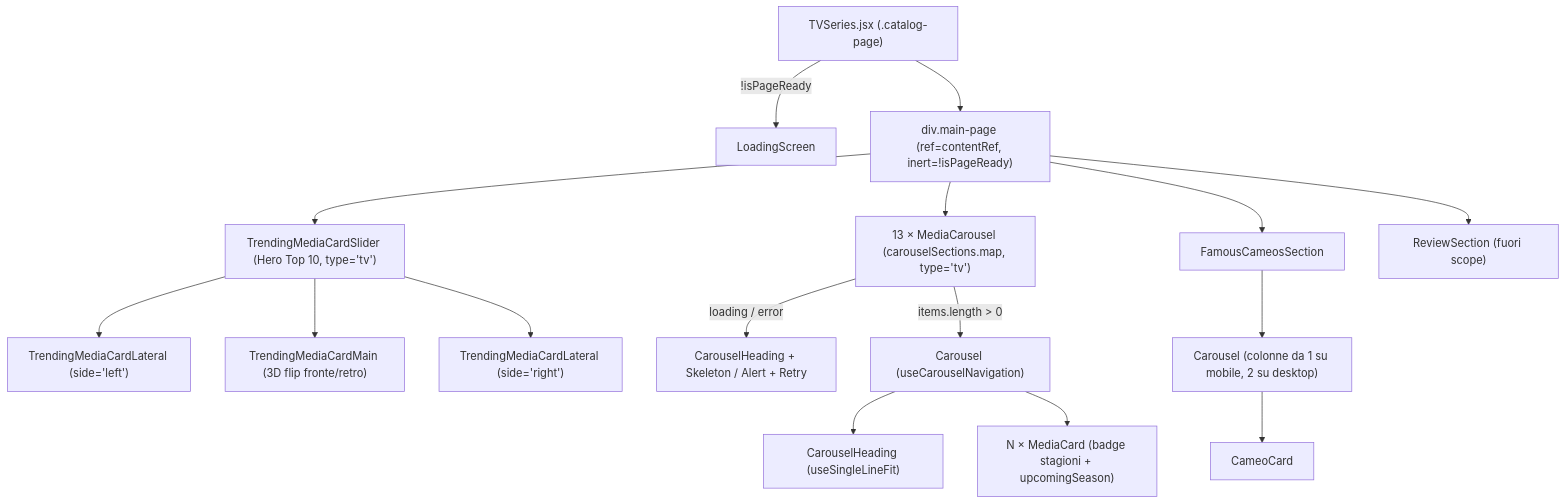
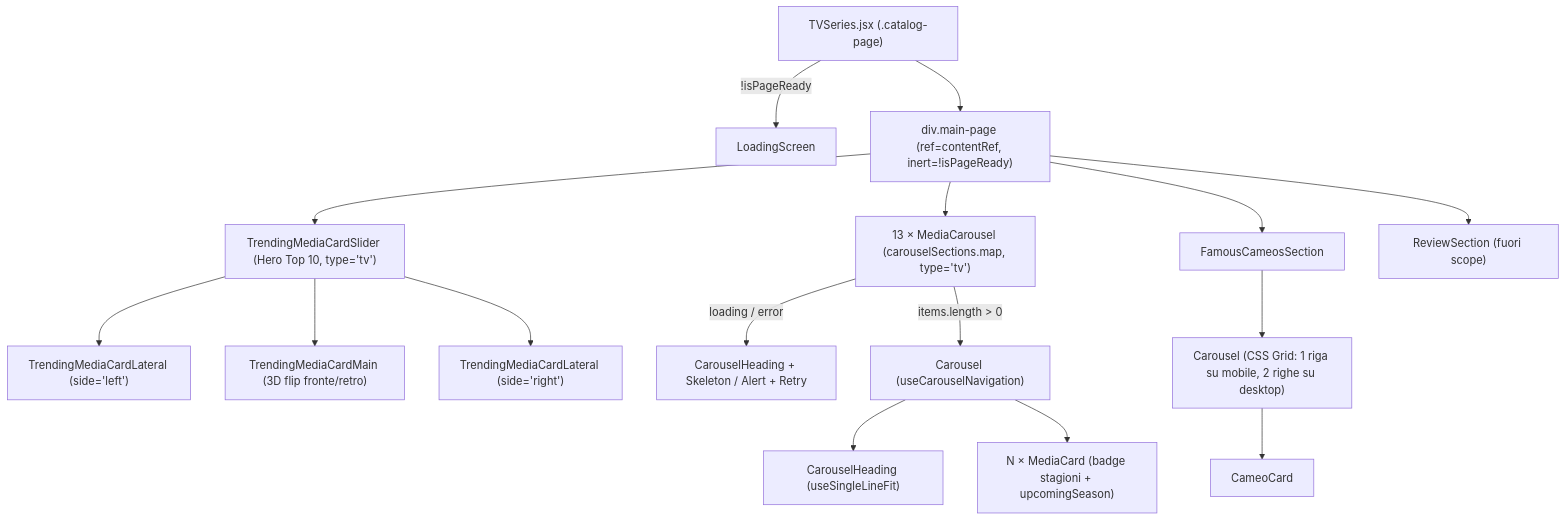
One commit to Lorenzo207378/Cameos changed the second of 2 diagrams in docs/pages/tv-series.md. Above: the diagram before and after it, drawn with Mermaid. The commit also changed other lines of this file and 89 other files, not shown here.

````diff
--- a/docs/pages/tv-series.md
+++ b/docs/pages/tv-series.md
@@ -155,23 +155,23 @@
 ```mermaid
 flowchart TD
     Root["TVSeries.jsx (.catalog-page)"]
     Root -->|"!isPageReady"| Loader["LoadingScreen"]
     Root --> Main["div.main-page (ref=contentRef, inert=!isPageReady)"]
 
     Main --> Slider["TrendingMediaCardSlider (Hero Top 10, type='tv')"]
     Slider --> LatL["TrendingMediaCardLateral (side='left')"]
     Slider --> Hero["TrendingMediaCardMain (3D flip fronte/retro)"]
     Slider --> LatR["TrendingMediaCardLateral (side='right')"]
 
     Main --> CatLoop["13 × MediaCarousel (carouselSections.map, type='tv')"]
     CatLoop -->|"loading / error"| Place["CarouselHeading + Skeleton / Alert + Retry"]
     CatLoop -->|"items.length > 0"| Car["Carousel (useCarouselNavigation)"]
     Car --> Head["CarouselHeading (useSingleLineFit)"]
     Car --> Cards["N × MediaCard (badge stagioni + upcomingSeason)"]
 
     Main --> Famous["FamousCameosSection"]
-    Famous --> CarC["Carousel (colonne da 1 su mobile, 2 su desktop)"]
+    Famous --> CarC["Carousel (CSS Grid: 1 riga su mobile, 2 righe su desktop)"]
     CarC --> CCards["CameoCard"]
 
     Main --> Rev["ReviewSection (fuori scope)"]
 ```
````
